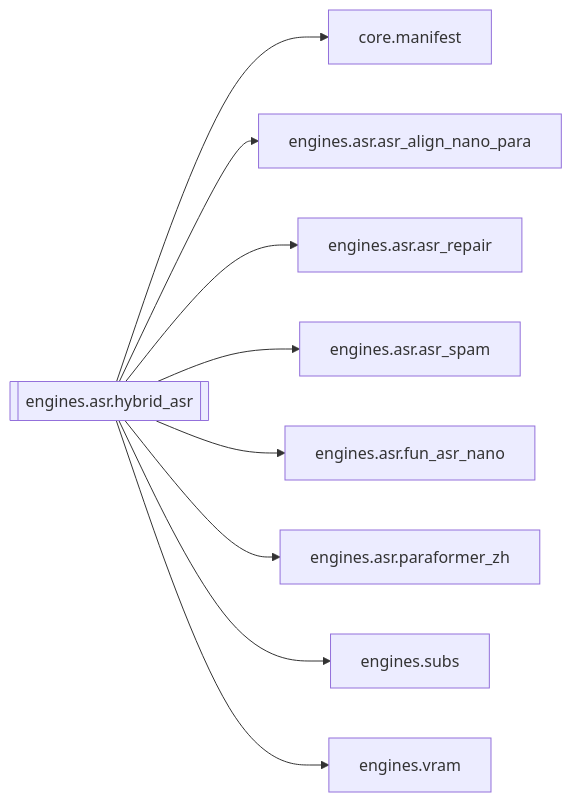
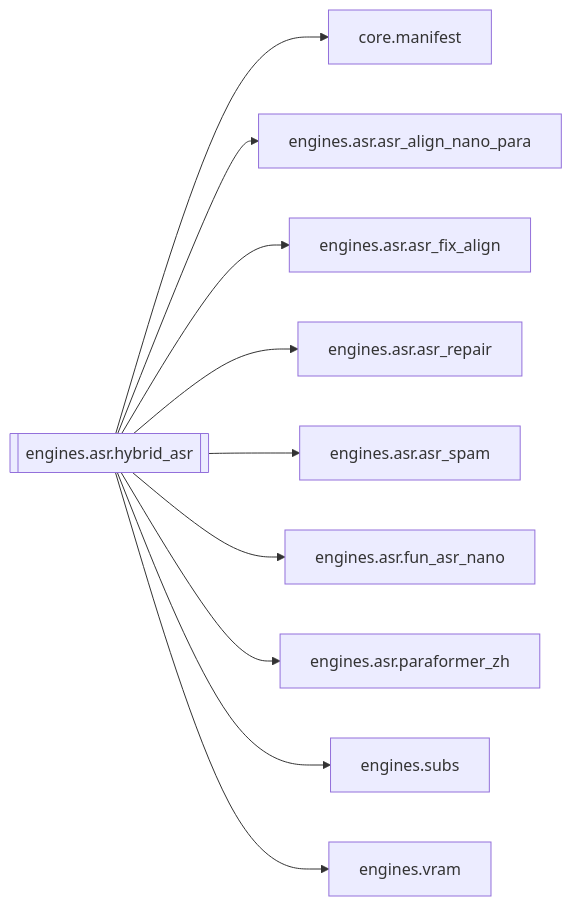
The diagram in docs/brain/modules/engines.asr.hybrid_asr.md (kjza178/PinelineV5), drawn with Mermaid before and after one commit. The commit also changed other lines of this file and 227 other files, not shown here.

````diff
--- a/docs/brain/modules/engines.asr.hybrid_asr.md
+++ b/docs/brain/modules/engines.asr.hybrid_asr.md
@@ -18,12 +17,13 @@
 ```mermaid
 flowchart LR
   engines_asr_hybrid_asr[[engines.asr.hybrid_asr]]
   engines_asr_hybrid_asr --> core_manifest[core.manifest]
   engines_asr_hybrid_asr --> engines_asr_asr_align_nano_para[engines.asr.asr_align_nano_para]
+  engines_asr_hybrid_asr --> engines_asr_asr_fix_align[engines.asr.asr_fix_align]
   engines_asr_hybrid_asr --> engines_asr_asr_repair[engines.asr.asr_repair]
   engines_asr_hybrid_asr --> engines_asr_asr_spam[engines.asr.asr_spam]
   engines_asr_hybrid_asr --> engines_asr_fun_asr_nano[engines.asr.fun_asr_nano]
   engines_asr_hybrid_asr --> engines_asr_paraformer_zh[engines.asr.paraformer_zh]
   engines_asr_hybrid_asr --> engines_subs[engines.subs]
   engines_asr_hybrid_asr --> engines_vram[engines.vram]
 ```
````
